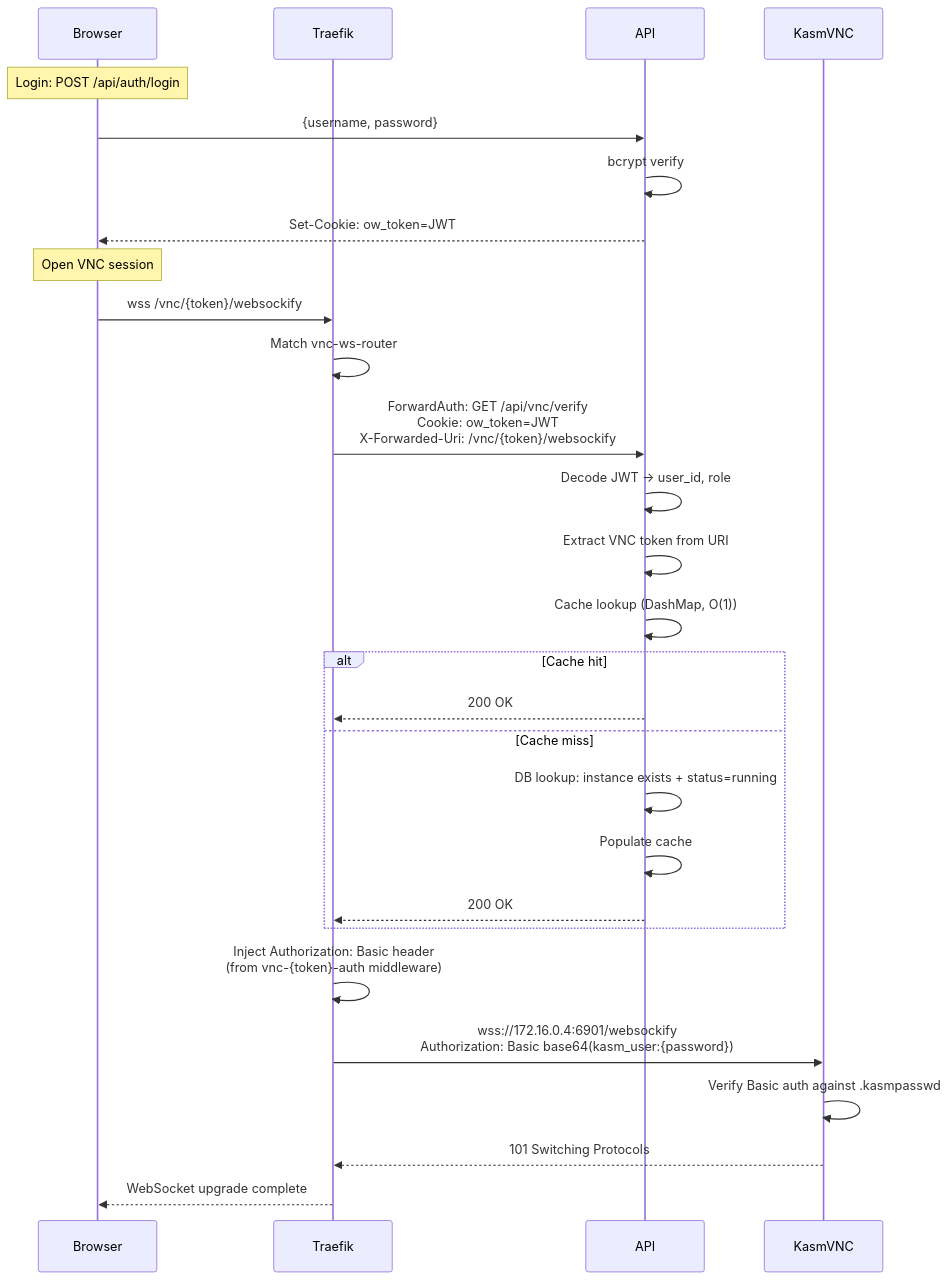
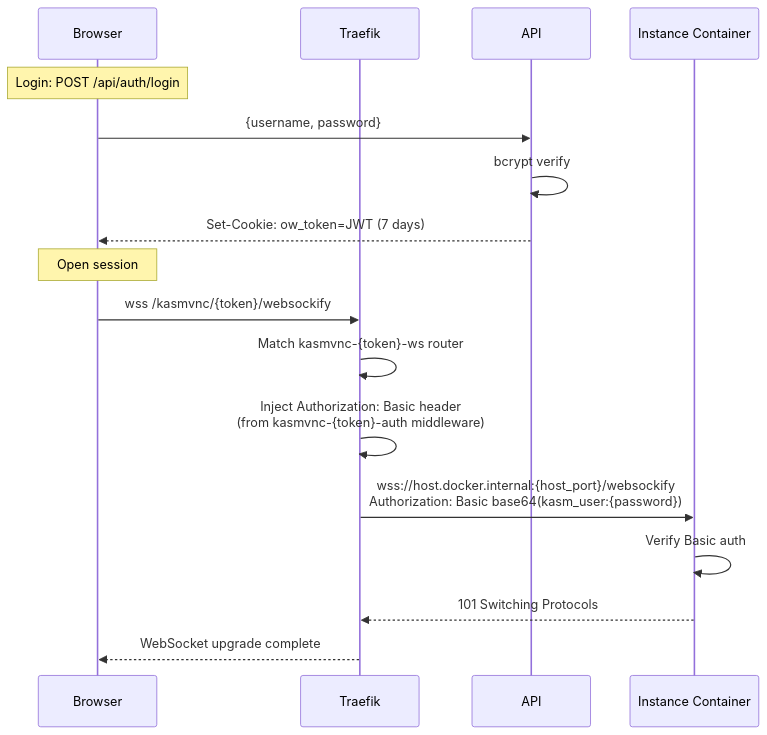
The fourth of 7 diagrams in docs/architecture.md (TsukiSama9292/OpenWorkspace-Engine), drawn with Mermaid before and after one commit. The commit also changed other lines of this file and 11 other files, not shown here.

````diff
--- a/docs/architecture.md
+++ b/docs/architecture.md
@@ -152,32 +178,21 @@
 ```mermaid
 sequenceDiagram
     participant U as Browser
     participant T as Traefik
     participant A as API
-    participant K as KasmVNC
+    participant K as Instance Container
 
     Note over U: Login: POST /api/auth/login
     U->>A: {username, password}
     A->>A: bcrypt verify
-    A-->>U: Set-Cookie: ow_token=JWT
+    A-->>U: Set-Cookie: ow_token=JWT (7 days)
 
-    Note over U: Open VNC session
-    U->>T: wss /vnc/{token}/websockify
-    T->>T: Match vnc-ws-router
-    T->>A: ForwardAuth: GET /api/vnc/verify<br/>Cookie: ow_token=JWT<br/>X-Forwarded-Uri: /vnc/{token}/websockify
-    A->>A: Decode JWT → user_id, role
-    A->>A: Extract VNC token from URI
-    A->>A: Cache lookup (DashMap, O(1))
-    alt Cache hit
-        A-->>T: 200 OK
-    else Cache miss
-        A->>A: DB lookup: instance exists + status=running
-        A->>A: Populate cache
-        A-->>T: 200 OK
-    end
-    T->>T: Inject Authorization: Basic header<br/>(from vnc-{token}-auth middleware)
-    T->>K: wss://172.16.0.4:6901/websockify<br/>Authorization: Basic base64(kasm_user:{password})
-    K->>K: Verify Basic auth against .kasmpasswd
+    Note over U: Open session
+    U->>T: wss /kasmvnc/{token}/websockify
+    T->>T: Match kasmvnc-{token}-ws router
+    T->>T: Inject Authorization: Basic header<br/>(from kasmvnc-{token}-auth middleware)
+    T->>K: wss://host.docker.internal:{host_port}/websockify<br/>Authorization: Basic base64(kasm_user:{password})
+    K->>K: Verify Basic auth
     K-->>T: 101 Switching Protocols
     T-->>U: WebSocket upgrade complete
 ```
````
